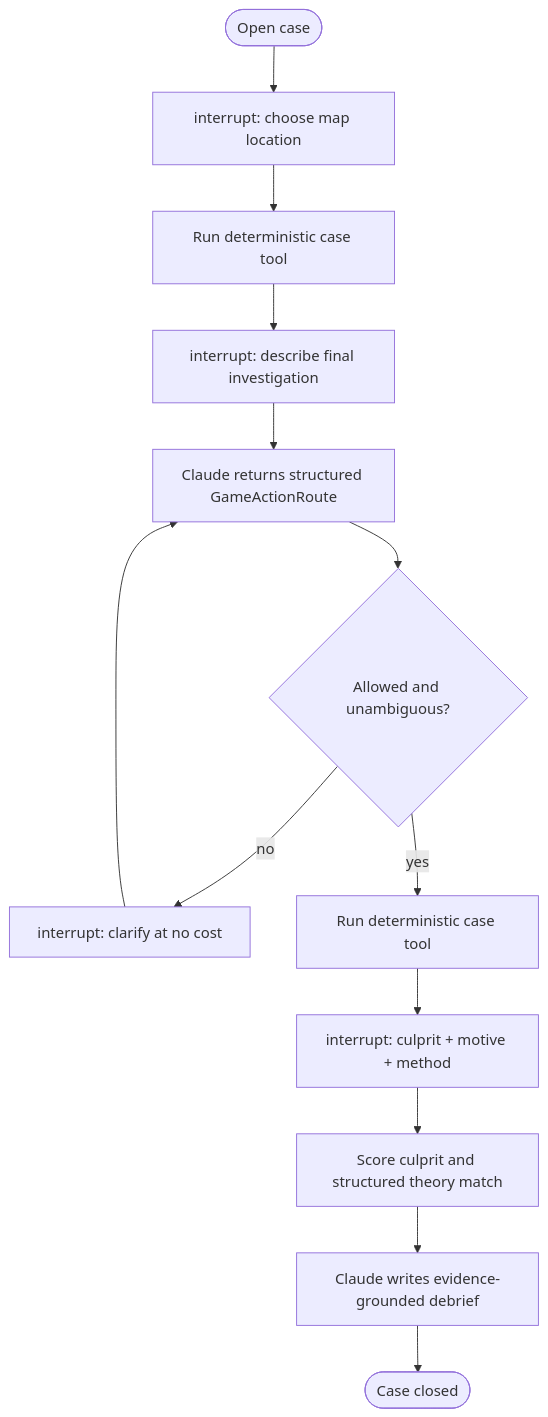
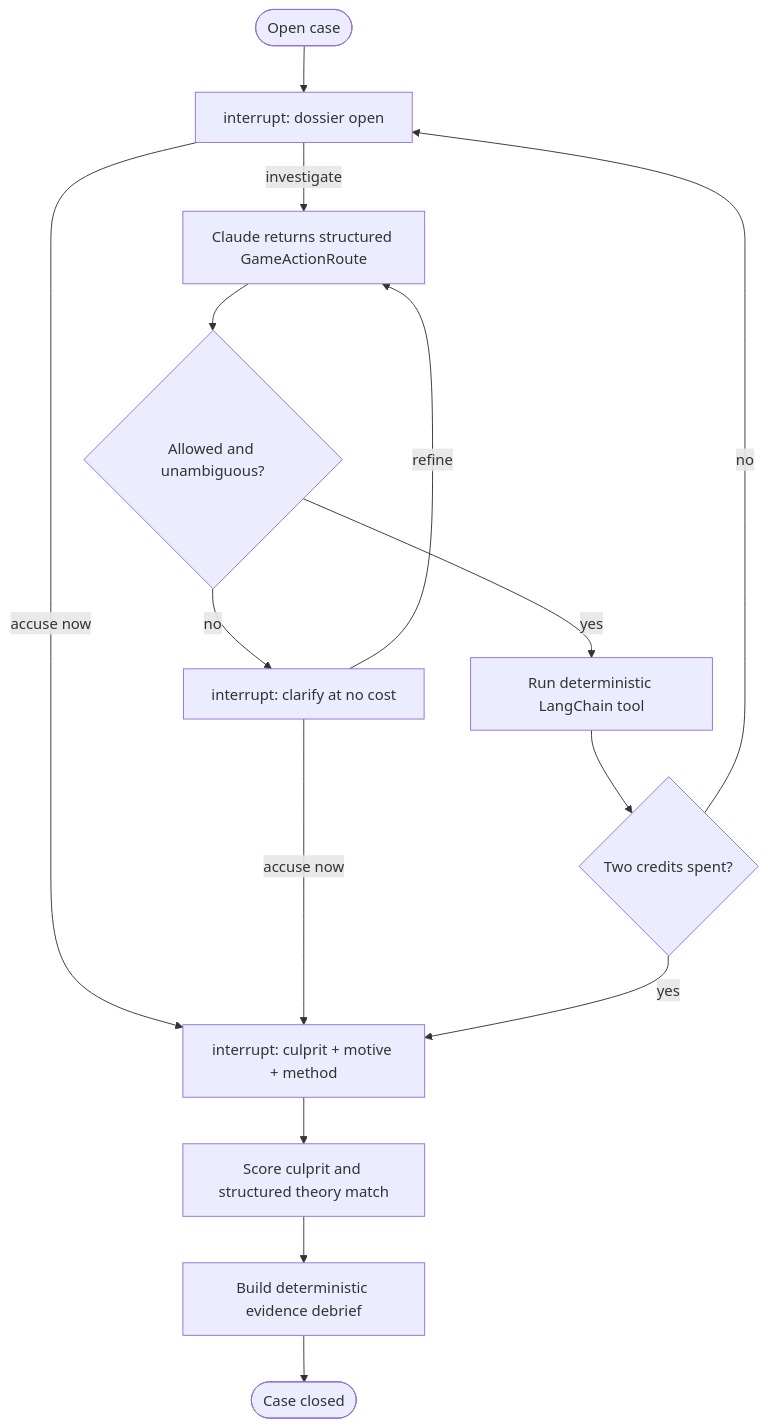
The diagram in README.md (DuyPham97/case-closed-langgraph), drawn with Mermaid before and after one commit. The commit also changed other lines of this file and 20 other files, not shown here.

Commit message:
feat: rebuild museum mystery as open dossier game

````diff
--- a/README.md
+++ b/README.md
@@ -78,15 +75,17 @@
 ```mermaid
 flowchart TD
-    START([Open case]) --> map[interrupt: choose map location]
-    map --> first[Run deterministic case tool]
-    first --> free[interrupt: describe final investigation]
-    free --> router[Claude returns structured GameActionRoute]
+    START([Open case]) --> desk[interrupt: dossier open]
+    desk -- investigate --> router[Claude returns structured GameActionRoute]
+    desk -- accuse now --> accuse[interrupt: culprit + motive + method]
     router --> understood{Allowed and unambiguous?}
     understood -- no --> clarify[interrupt: clarify at no cost]
-    clarify --> router
-    understood -- yes --> second[Run deterministic case tool]
-    second --> accuse[interrupt: culprit + motive + method]
+    clarify -- refine --> router
+    clarify -- accuse now --> accuse
+    understood -- yes --> tool[Run deterministic LangChain tool]
+    tool --> credits{Two credits spent?}
+    credits -- no --> desk
+    credits -- yes --> accuse
     accuse --> score[Score culprit and structured theory match]
-    score --> debrief[Claude writes evidence-grounded debrief]
+    score --> debrief[Build deterministic evidence debrief]
     debrief --> END([Case closed])
 ```
````
